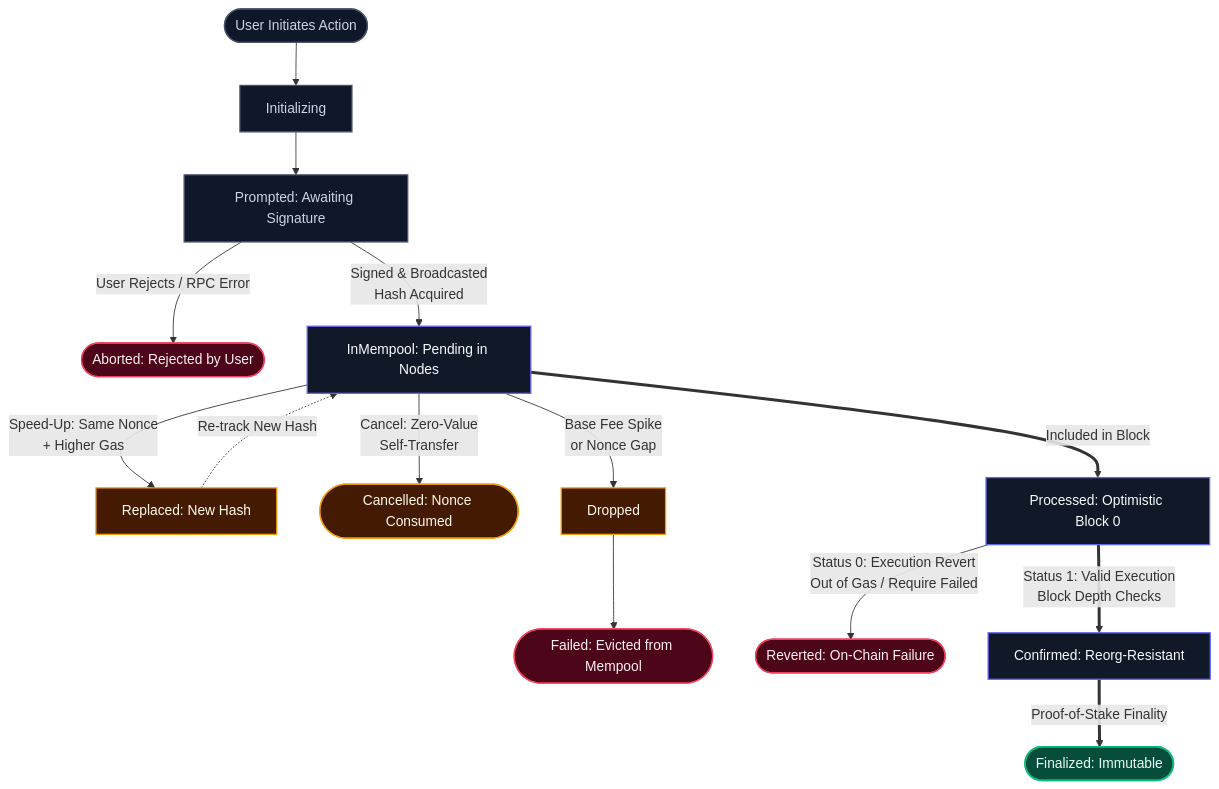
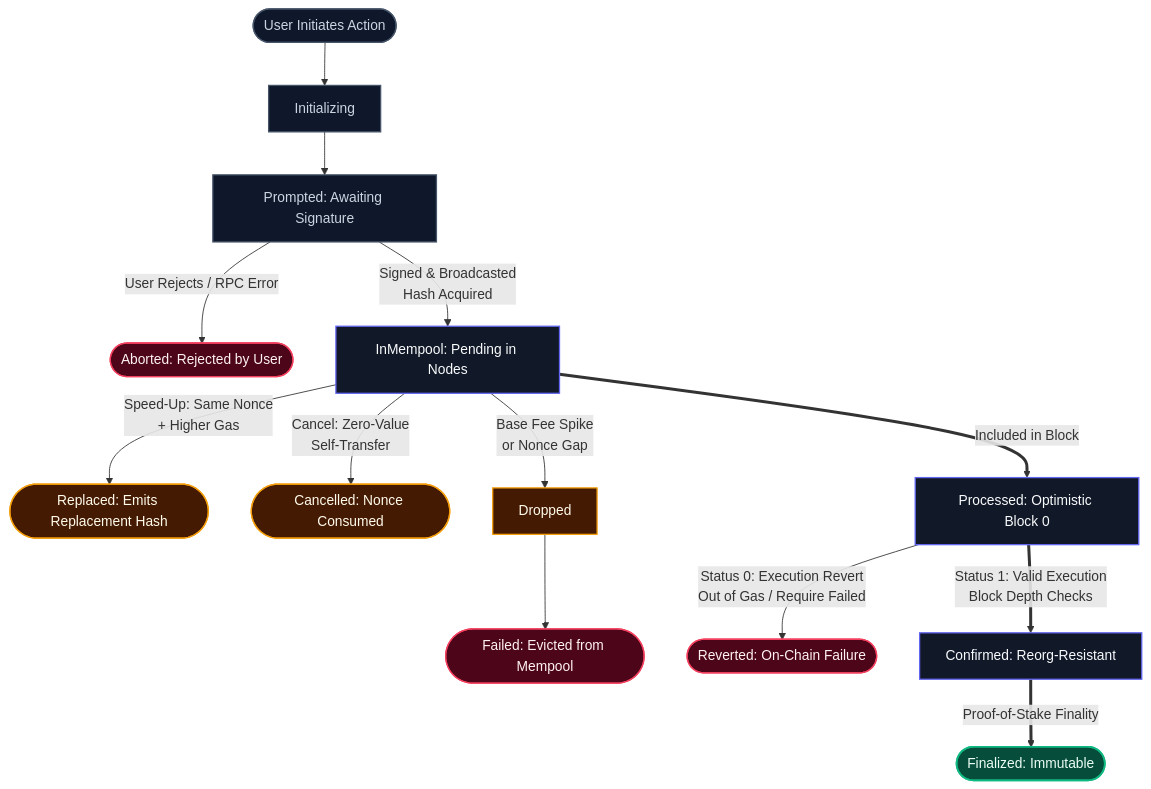
One commit to TuwaIO/docs changed the diagram in apps/docs-hub/src/content/guides/why-web3-transaction-state-is-broken.mdx. Above: the diagram before and after it, drawn with Mermaid. The commit also changed other lines of this file and 4 other files, not shown here.

````diff
--- a/apps/docs-hub/src/content/guides/why-web3-transaction-state-is-broken.mdx
+++ b/apps/docs-hub/src/content/guides/why-web3-transaction-state-is-broken.mdx
@@ -56,38 +56,37 @@
 ```mermaid
 flowchart TD
     %% Phase 1: Client & Wallet Signature
     Start([User Initiates Action]) --> Init[Initializing]
     Init --> Prompt[Prompted: Awaiting Signature]
 
     Prompt -->|User Rejects / RPC Error| Aborted([Aborted: Rejected by User])
     Prompt -->|Signed & Broadcasted<br/>Hash Acquired| Mempool[InMempool: Pending in Nodes]
 
     %% Phase 2: Mempool Layer & Edge Cases
-    Mempool -->|Speed-Up: Same Nonce<br/>+ Higher Gas| Replaced[Replaced: New Hash]
-    Replaced -.->|Re-track New Hash| Mempool
+    Mempool -->|Speed-Up: Same Nonce<br/>+ Higher Gas| Replaced([Replaced: Emits Replacement Hash])
 
     Mempool -->|Cancel: Zero-Value<br/>Self-Transfer| Cancelled([Cancelled: Nonce Consumed])
 
     Mempool -->|Base Fee Spike<br/>or Nonce Gap| Dropped[Dropped]
     Dropped --> Failed([Failed: Evicted from Mempool])
 
     %% Phase 3: Block Inclusion & Execution (Main Highway)
     Mempool ==>|Included in Block| Processed[Processed: Optimistic Block 0]
 
     Processed -->|Status 0: Execution Revert<br/>Out of Gas / Require Failed| Reverted([Reverted: On-Chain Failure])
     Processed ==>|Status 1: Valid Execution<br/>Block Depth Checks| Confirmed[Confirmed: Reorg-Resistant]
     Confirmed ==>|Proof-of-Stake Finality| Finalized([Finalized: Immutable])
 
     %% Styling
     classDef default fill:#111827,stroke:#6366f1,stroke-width:1.5px,color:#f8fafc;
     classDef success fill:#064e3b,stroke:#10b981,stroke-width:2px,color:#ecfdf5;
     classDef danger fill:#4c0519,stroke:#f43f5e,stroke-width:1.5px,color:#fff1f2;
     classDef warning fill:#451a03,stroke:#f59e0b,stroke-width:1.5px,color:#fffbeb;
     classDef neutral fill:#0f172a,stroke:#475569,stroke-width:1.5px,color:#cbd5e1;
 
     class Start,Init,Prompt neutral;
     class Finalized success;
     class Aborted,Reverted,Failed danger;
     class Cancelled,Replaced,Dropped warning;
     class Mempool,Processed,Confirmed default;
 ```
````
